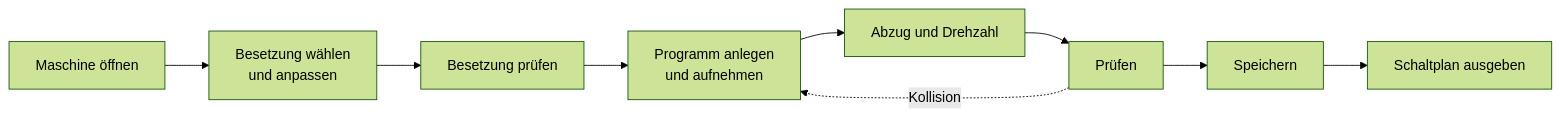
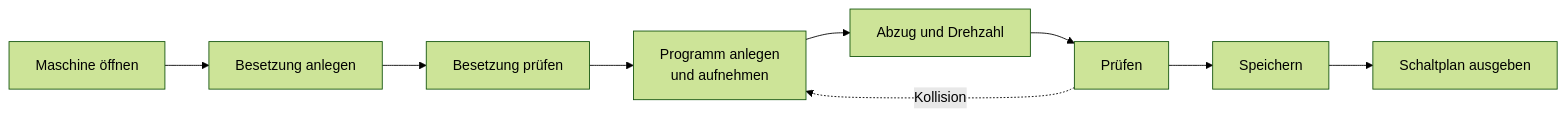
One commit to Herzog-GmbH/HerzogCAB-Docs changed the diagram in docs/tasks/create-braiding-program.md. Above: the diagram before and after it, drawn with Mermaid (forest theme). The commit also changed other lines of this file and 53 other files, not shown here.

````diff
--- a/docs/tasks/create-braiding-program.md
+++ b/docs/tasks/create-braiding-program.md
@@ -13,11 +13,11 @@
 ```mermaid
 flowchart LR
-  A["Maschine öffnen"] --> B["Besetzung wählen<br>und anpassen"]
+  A["Maschine öffnen"] --> B["Besetzung anlegen"]
   B --> C["Besetzung prüfen"]
   C --> D["Programm anlegen<br>und aufnehmen"]
   D --> E["Abzug und Drehzahl"]
   E --> F["Prüfen"]
   F --> G["Speichern"]
   G --> H["Schaltplan ausgeben"]
   F -. Kollision .-> D
 ```
````
